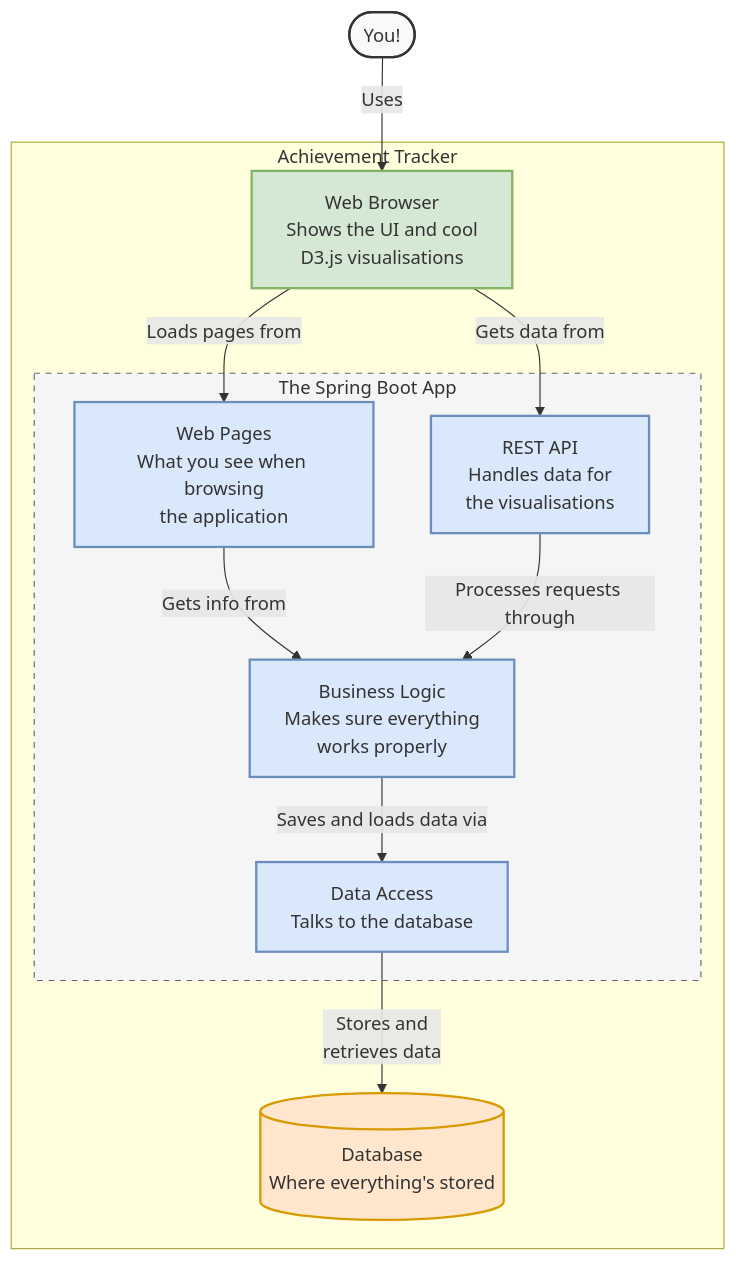
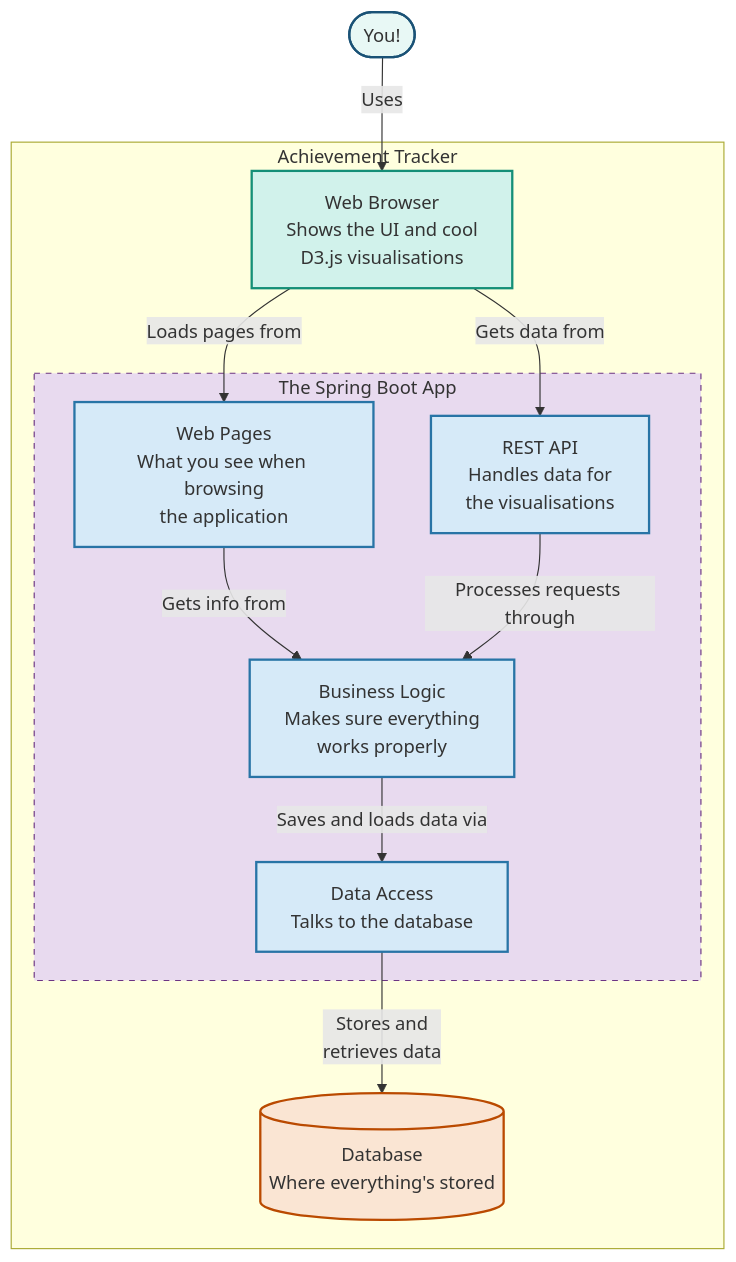
Before and after one commit to random-walkie/achievement_tracker: the diagram in README.md, drawn with Mermaid.

Commit message:
Update color styles in README diagram for improved visibility

````diff
--- a/README.md
+++ b/README.md
@@ -24,34 +24,34 @@
 ```mermaid
 flowchart TD
     User(["You!"])
     
     subgraph AchievementTracker["Achievement Tracker"]
         Browser["Web Browser<br>Shows the UI and cool<br>D3.js visualisations"]
         
         subgraph SpringBootApp["The Spring Boot App"]
             WebPages["Web Pages<br>What you see when browsing<br>the application"]
             API["REST API<br>Handles data for<br>the visualisations"]
             Business["Business Logic<br>Makes sure everything<br>works properly"]
             DataStuff["Data Access<br>Talks to the database"]
         end
         
         DB[(Database<br>Where everything's stored)]
     end
     
     User -->|"Uses"| Browser
     Browser -->|"Loads pages from"| WebPages
     Browser -->|"Gets data from"| API
     WebPages -->|"Gets info from"| Business
     API -->|"Processes requests through"| Business
     Business -->|"Saves and loads data via"| DataStuff
     DataStuff -->|"Stores and<br>retrieves data"| DB
 
-    style User fill:#f9f9f9,stroke:#333,stroke-width:2px
-    style Browser fill:#d5e8d4,stroke:#82b366,stroke-width:2px
-    style WebPages fill:#dae8fc,stroke:#6c8ebf,stroke-width:2px
-    style API fill:#dae8fc,stroke:#6c8ebf,stroke-width:2px
-    style Business fill:#dae8fc,stroke:#6c8ebf,stroke-width:2px
-    style DataStuff fill:#dae8fc,stroke:#6c8ebf,stroke-width:2px
-    style DB fill:#ffe6cc,stroke:#d79b00,stroke-width:2px
-    style SpringBootApp fill:#f5f5f5,stroke:#666666,stroke-width:1px,stroke-dasharray: 5 5
+    style User fill:#E8F8F5,stroke:#1A5276,stroke-width:2px
+    style Browser fill:#D1F2EB,stroke:#148F77,stroke-width:2px
+    style WebPages fill:#D6EAF8,stroke:#2874A6,stroke-width:2px
+    style API fill:#D6EAF8,stroke:#2874A6,stroke-width:2px
+    style Business fill:#D6EAF8,stroke:#2874A6,stroke-width:2px
+    style DataStuff fill:#D6EAF8,stroke:#2874A6,stroke-width:2px
+    style DB fill:#FAE5D3,stroke:#BA4A00,stroke-width:2px
+    style SpringBootApp fill:#E8DAEF,stroke:#6C3483,stroke-width:1px,stroke-dasharray: 5 5
 ```
````
